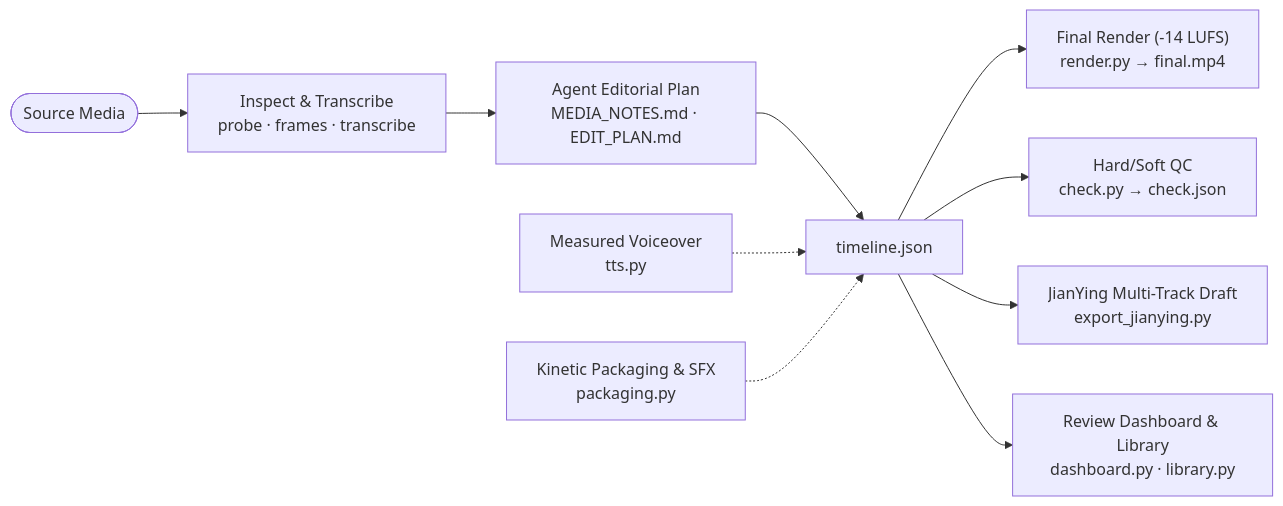
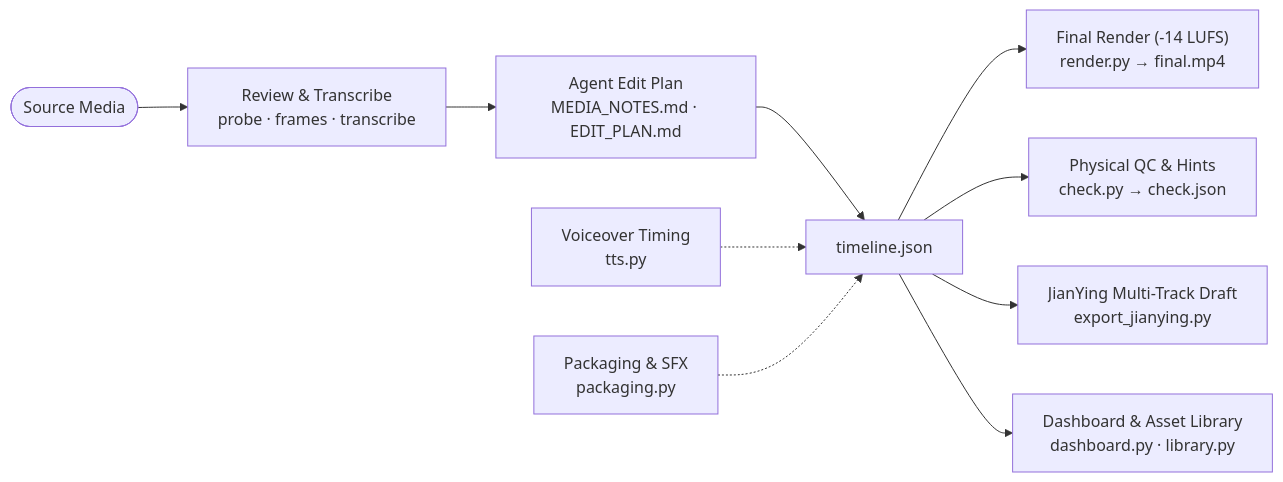
Before and after one commit to zenstory-ai/video-recap-skills: the diagram in README_EN.md, drawn with Mermaid. The commit also changed other lines of this file and 1 other file, not shown here.

````diff
--- a/README_EN.md
+++ b/README_EN.md
@@ -80,12 +73,12 @@
 ```mermaid
 flowchart LR
-    src(["Source Media"]) --> inspect["Inspect & Transcribe<br/>probe · frames · transcribe"]
-    inspect --> plan["Agent Editorial Plan<br/>MEDIA_NOTES.md · EDIT_PLAN.md"]
+    src(["Source Media"]) --> inspect["Review & Transcribe<br/>probe · frames · transcribe"]
+    inspect --> plan["Agent Edit Plan<br/>MEDIA_NOTES.md · EDIT_PLAN.md"]
     plan --> tl["timeline.json"]
-    tts["Measured Voiceover<br/>tts.py"] -.-> tl
-    pkg["Kinetic Packaging & SFX<br/>packaging.py"] -.-> tl
+    tts["Voiceover Timing<br/>tts.py"] -.-> tl
+    pkg["Packaging & SFX<br/>packaging.py"] -.-> tl
     tl --> render["Final Render (-14 LUFS)<br/>render.py → final.mp4"]
-    tl --> check["Hard/Soft QC<br/>check.py → check.json"]
+    tl --> check["Physical QC & Hints<br/>check.py → check.json"]
     tl --> jy["JianYing Multi-Track Draft<br/>export_jianying.py"]
-    tl --> dash["Review Dashboard & Library<br/>dashboard.py · library.py"]
+    tl --> dash["Dashboard & Asset Library<br/>dashboard.py · library.py"]
 ```
````
